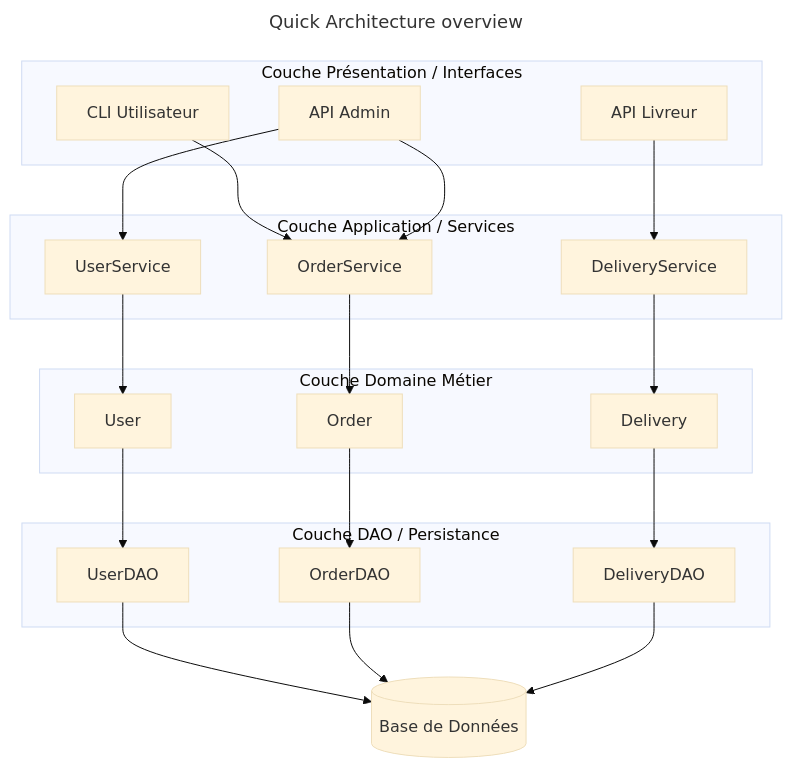
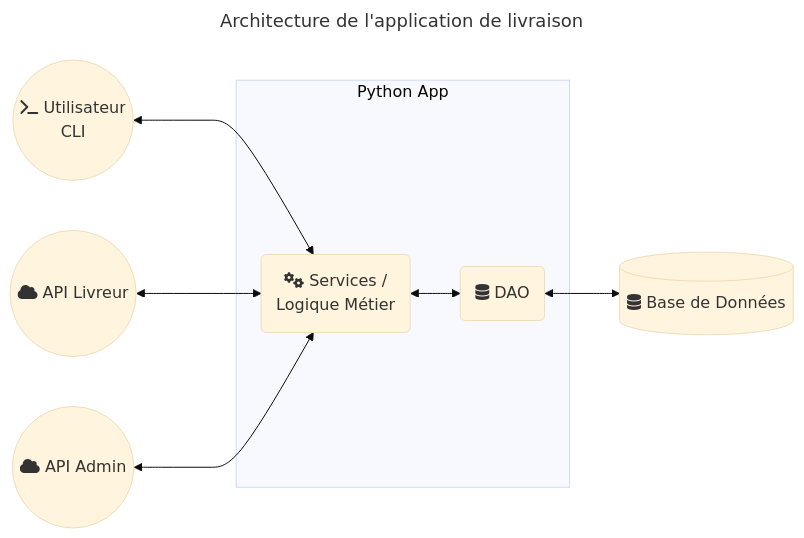
One commit to anaisdrnc/Projet_Info_2A changed the diagram in architecture1.md. Above: the diagram before and after it, drawn with Mermaid (base theme).

Commit message:
Update architecture1

````diff
--- a/architecture1.md
+++ b/architecture1.md
@@ -1,56 +1,28 @@
 ```mermaid
 ---
-title: Quick Architecture overview
+title: Architecture de l'application de livraison
 ---
-graph TD
+graph LR
+    %% Acteurs / Interfaces
+    CLI((fa:fa-terminal Utilisateur \n CLI))
+    API_Livreur((fa:fa-cloud API Livreur))
+    API_Admin((fa:fa-cloud API Admin))
 
-%% Couche Présentation
-subgraph Presentation[Couche Présentation / Interfaces]
-    CLI[CLI Utilisateur]
-    API_Livreur[API Livreur]
-    API_Admin[API Admin]
-end
+    %% Back-end Python app
+    subgraph Python App
+        SVC(fa:fa-cogs Services / \n Logique Métier)
+        DAO(fa:fa-database DAO)
+    end
 
-%% Couche Application / Services
-subgraph ServiceLayer[Couche Application / Services]
-    OrderService[OrderService]
-    UserService[UserService]
-    DeliveryService[DeliveryService]
-end
+    %% Base de données
+    DB[(fa:fa-database Base de Données)]
 
-%% Domaine Métier
-subgraph Domain[Couche Domaine Métier]
-    User[User]
-    Order[Order]
-    Delivery[Delivery]
-end
+    %% Relations
+    CLI<--->SVC
+    API_Livreur<--->SVC
+    API_Admin<--->SVC
+    SVC<-->DAO
+    DAO<-->DB
 
-%% DAO / Persistance
-subgraph DAO[Couche DAO / Persistance]
-    UserDAO[UserDAO]
-    OrderDAO[OrderDAO]
-    DeliveryDAO[DeliveryDAO]
-end
-
-%% Base de données
-DB[(Base de Données)]
-
-%% Liaisons
-CLI --> OrderService
-API_Livreur --> DeliveryService
-API_Admin --> UserService
-API_Admin --> OrderService
-
-OrderService --> Order
-UserService --> User
-DeliveryService --> Delivery
-
-Order --> OrderDAO
-User --> UserDAO
-Delivery --> DeliveryDAO
-
-UserDAO --> DB
-OrderDAO --> DB
-DeliveryDAO --> DB
 
 ```
````
